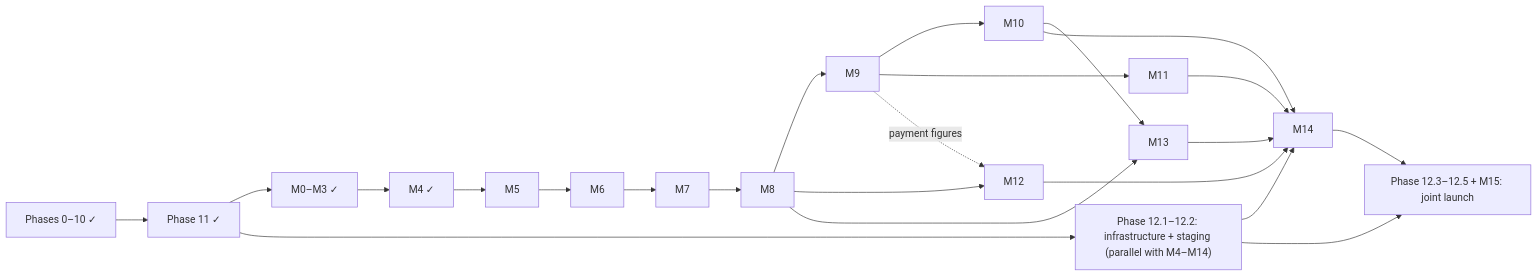
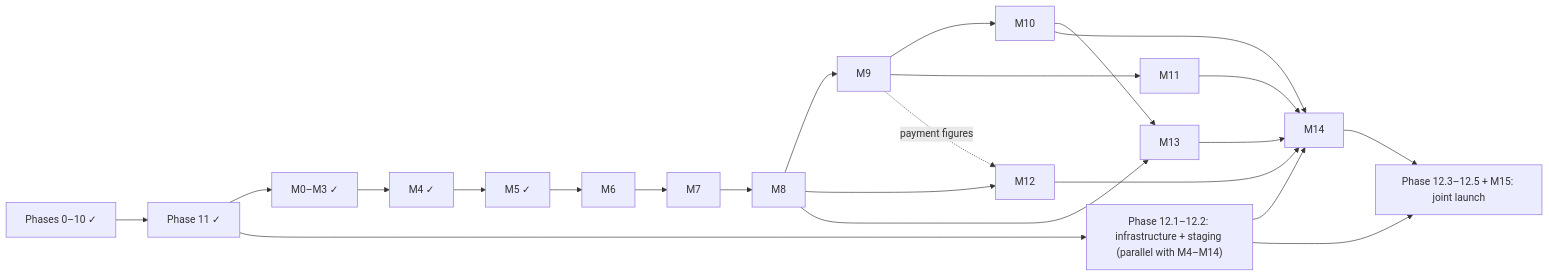
The diagram in docs/delivery/roadmap.md (mohamedmosilhy/Rivana-Residence), drawn with Mermaid before and after one commit. The commit also changed other lines of this file and 239 other files, not shown here.

````diff
--- a/docs/delivery/roadmap.md
+++ b/docs/delivery/roadmap.md
@@ -31,19 +32,19 @@
 ```mermaid
 flowchart LR
   P0["Phases 0–10 ✓"] --> P11["Phase 11 ✓"]
-  P11 --> M0["M0–M3 ✓"] --> M4["M4 ✓"] --> M5 --> M6 --> M7 --> M8 --> M9
+  P11 --> M0["M0–M3 ✓"] --> M4["M4 ✓"] --> M5["M5 ✓"] --> M6 --> M7 --> M8 --> M9
   M9 --> M10
   M9 --> M11
   M8 --> M12
   M9 -. payment figures .-> M12
   M8 --> M13
   M10 --> M13
   M10 --> M14
   M11 --> M14
   M12 --> M14
   M13 --> M14
   P11 --> P12a["Phase 12.1–12.2: infrastructure + staging (parallel with M4–M14)"]
   P12a --> M14
   M14 --> L["Phase 12.3–12.5 + M15: joint launch"]
   P12a --> L
 ```
````
